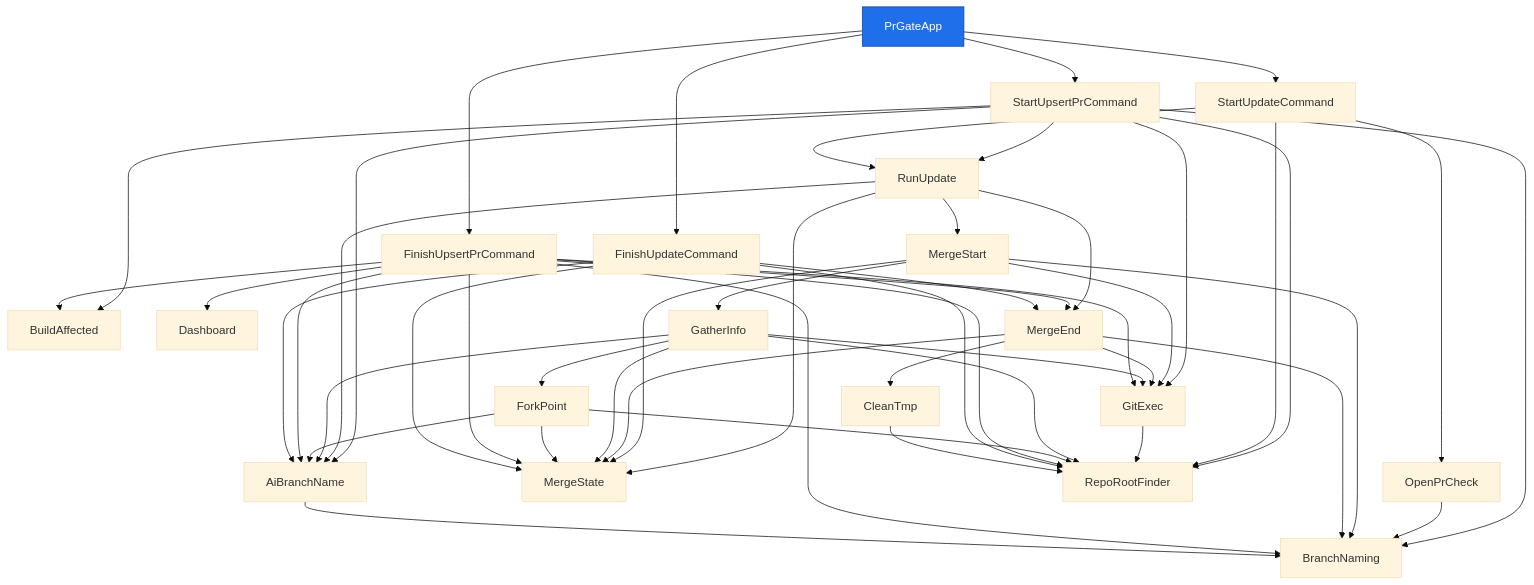
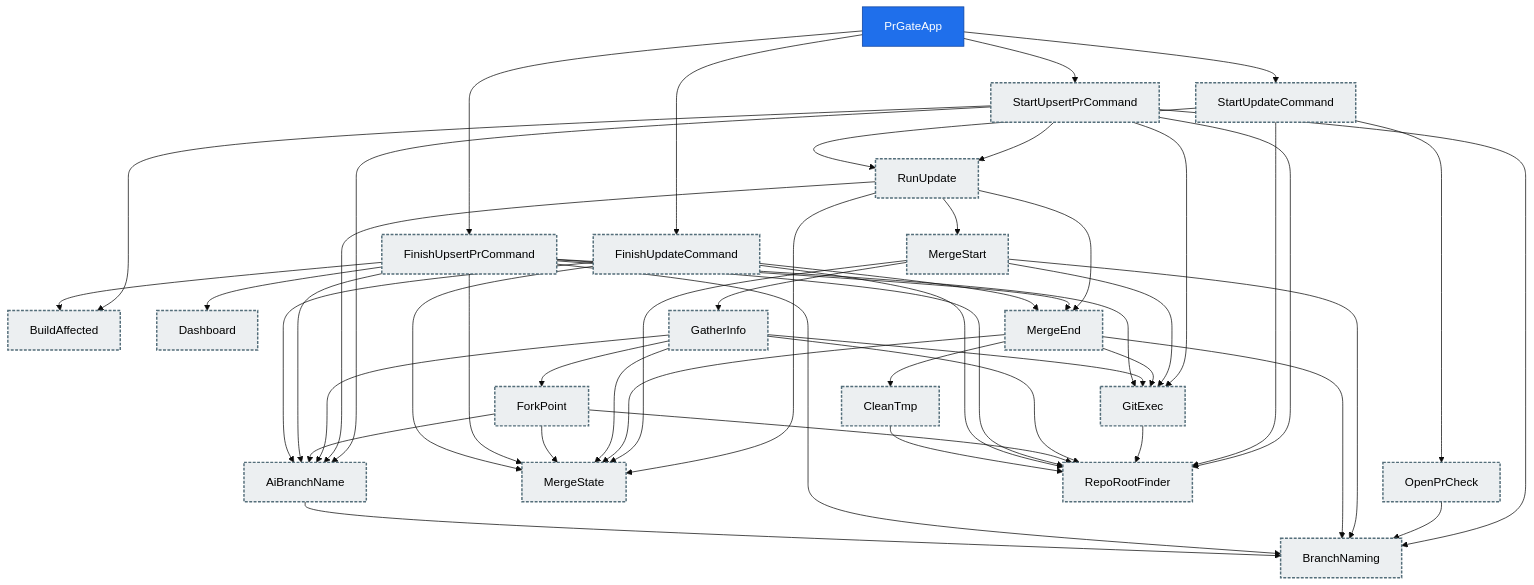
One commit to deanhiller/webpieces-ts changed the diagram in packages/tooling/pr-gate/design.md. Above: the diagram before and after it, drawn with Mermaid (base theme). The commit also changed 71 other files, not shown here.

First line of the commit message:
Phase 3: migrate tooling to @injectable(Singleton) + autobind; teach DI-graph analyzer the @injectable scope arg (#405)

````diff
--- a/packages/tooling/pr-gate/design.md
+++ b/packages/tooling/pr-gate/design.md
@@ -13,78 +13,78 @@
 ```mermaid
 graph TD
-    AiBranchName["AiBranchName"]
-    BranchNaming["BranchNaming"]
-    BuildAffected["BuildAffected"]
-    CleanTmp["CleanTmp"]
-    Dashboard["Dashboard"]
-    FinishUpdateCommand["FinishUpdateCommand"]
-    FinishUpsertPrCommand["FinishUpsertPrCommand"]
-    ForkPoint["ForkPoint"]
-    GatherInfo["GatherInfo"]
-    GitExec["GitExec"]
-    MergeEnd["MergeEnd"]
-    MergeStart["MergeStart"]
-    MergeState["MergeState"]
-    OpenPrCheck["OpenPrCheck"]
+    AiBranchName["AiBranchName"]:::many
+    BranchNaming["BranchNaming"]:::many
+    BuildAffected["BuildAffected"]:::many
+    CleanTmp["CleanTmp"]:::many
+    Dashboard["Dashboard"]:::many
+    FinishUpdateCommand["FinishUpdateCommand"]:::many
+    FinishUpsertPrCommand["FinishUpsertPrCommand"]:::many
+    ForkPoint["ForkPoint"]:::many
+    GatherInfo["GatherInfo"]:::many
+    GitExec["GitExec"]:::many
+    MergeEnd["MergeEnd"]:::many
+    MergeStart["MergeStart"]:::many
+    MergeState["MergeState"]:::many
+    OpenPrCheck["OpenPrCheck"]:::many
     PrGateApp["PrGateApp"]:::controller
-    RepoRootFinder["RepoRootFinder"]
-    RunUpdate["RunUpdate"]
-    StartUpdateCommand["StartUpdateCommand"]
-    StartUpsertPrCommand["StartUpsertPrCommand"]
+    RepoRootFinder["RepoRootFinder"]:::many
+    RunUpdate["RunUpdate"]:::many
+    StartUpdateCommand["StartUpdateCommand"]:::many
+    StartUpsertPrCommand["StartUpsertPrCommand"]:::many
     AiBranchName --> BranchNaming
     CleanTmp --> RepoRootFinder
     FinishUpdateCommand --> AiBranchName
     FinishUpdateCommand --> MergeEnd
     FinishUpdateCommand --> MergeState
     FinishUpdateCommand --> RepoRootFinder
     FinishUpsertPrCommand --> AiBranchName
     FinishUpsertPrCommand --> BranchNaming
     FinishUpsertPrCommand --> BuildAffected
     FinishUpsertPrCommand --> Dashboard
     FinishUpsertPrCommand --> GitExec
     FinishUpsertPrCommand --> MergeEnd
     FinishUpsertPrCommand --> MergeState
     FinishUpsertPrCommand --> RepoRootFinder
     ForkPoint --> AiBranchName
     ForkPoint --> MergeState
     ForkPoint --> RepoRootFinder
     GatherInfo --> AiBranchName
     GatherInfo --> ForkPoint
     GatherInfo --> GitExec
     GatherInfo --> MergeState
     GatherInfo --> RepoRootFinder
     GitExec --> RepoRootFinder
     MergeEnd --> BranchNaming
     MergeEnd --> CleanTmp
     MergeEnd --> GitExec
     MergeEnd --> MergeState
     MergeStart --> BranchNaming
     MergeStart --> GatherInfo
     MergeStart --> GitExec
     MergeStart --> MergeState
     OpenPrCheck --> BranchNaming
     PrGateApp --> FinishUpdateCommand
     PrGateApp --> FinishUpsertPrCommand
     PrGateApp --> StartUpdateCommand
     PrGateApp --> StartUpsertPrCommand
     RunUpdate --> AiBranchName
     RunUpdate --> MergeEnd
     RunUpdate --> MergeStart
     RunUpdate --> MergeState
     StartUpdateCommand --> OpenPrCheck
     StartUpdateCommand --> RepoRootFinder
     StartUpdateCommand --> RunUpdate
     StartUpsertPrCommand --> AiBranchName
     StartUpsertPrCommand --> BranchNaming
     StartUpsertPrCommand --> BuildAffected
     StartUpsertPrCommand --> GitExec
     StartUpsertPrCommand --> RepoRootFinder
     StartUpsertPrCommand --> RunUpdate
     classDef controller fill:#1f6feb,color:#ffffff,stroke:#0d419d
     classDef apiImpl fill:#0d9488,color:#ffffff,stroke:#0f766e
     classDef component fill:#2da44e,color:#ffffff,stroke:#1a7f37
     classDef unresolved fill:#f0ad4e,color:#000000,stroke:#b8860b,stroke-dasharray: 5 5
     classDef external fill:#b39ddb,color:#000000,stroke:#5e35b1,stroke-width:3px
     classDef api fill:#4fc3f7,color:#000000,stroke:#0277bd,stroke-width:3px
     classDef many fill:#eceff1,color:#000000,stroke:#546e7a,stroke-width:2px,stroke-dasharray: 4 2
 ```
````
